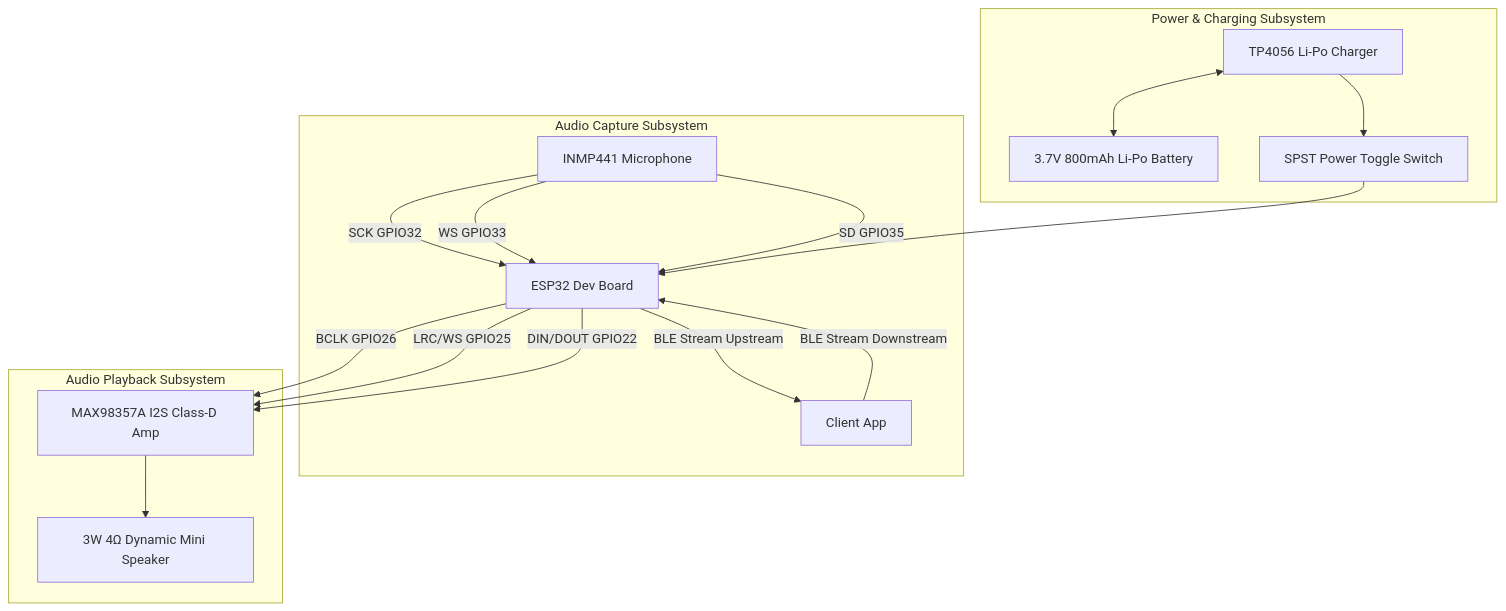
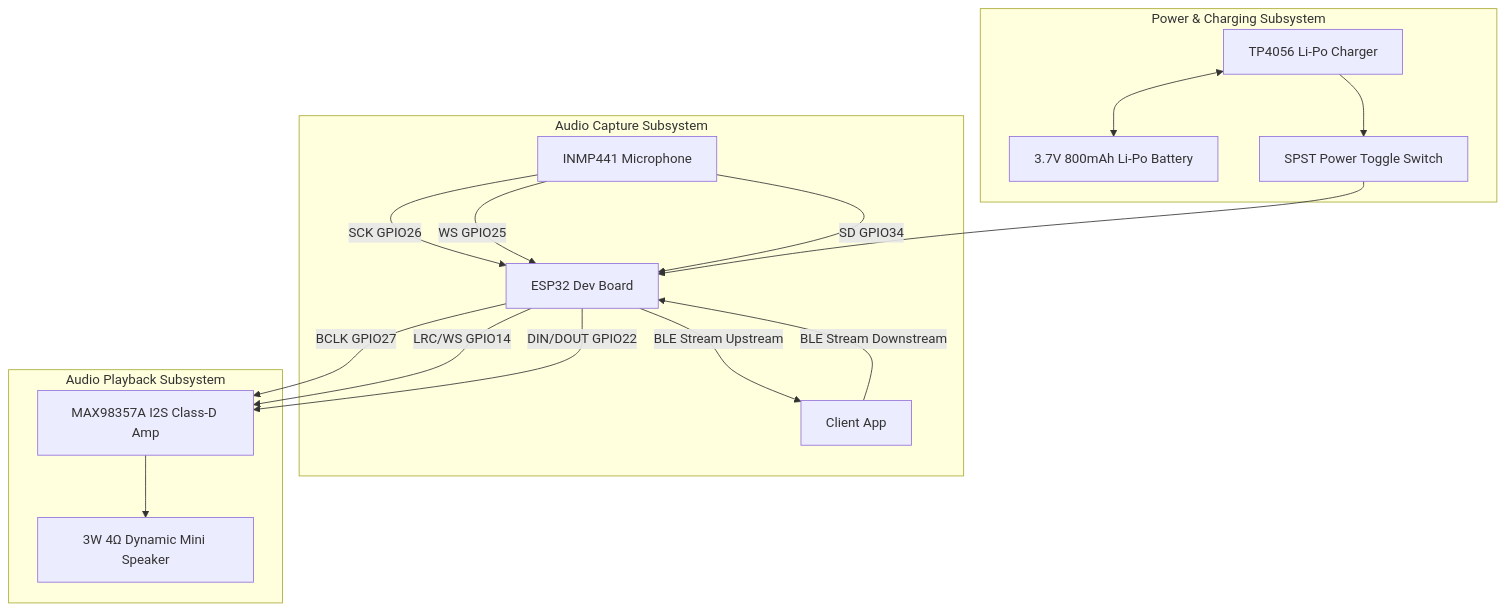
One commit to srividya1004/voiceback changed the first of 2 diagrams in PROJECT_CONTEXT.md. Above: the diagram before and after it, drawn with Mermaid. The commit also changed other lines of this file and 51 other files, not shown here.

````diff
--- a/PROJECT_CONTEXT.md
+++ b/PROJECT_CONTEXT.md
@@ -27,23 +27,23 @@
 ```mermaid
 graph TD
     subgraph Audio Capture Subsystem
-        MIC[INMP441 Microphone] -- SCK GPIO32 --> ESP32[ESP32 Dev Board]
-        MIC -- WS GPIO33 --> ESP32
-        MIC -- SD GPIO35 --> ESP32
+        MIC[INMP441 Microphone] -- SCK GPIO26 --> ESP32[ESP32 Dev Board]
+        MIC -- WS GPIO25 --> ESP32
+        MIC -- SD GPIO34 --> ESP32
         ESP32 -- BLE Stream Upstream --> PWA[Client App]
     end
 
     subgraph Audio Playback Subsystem
         PWA -- BLE Stream Downstream --> ESP32
-        ESP32 -- BCLK GPIO26 --> AMP[MAX98357A I2S Class-D Amp]
-        ESP32 -- LRC/WS GPIO25 --> AMP
+        ESP32 -- BCLK GPIO27 --> AMP[MAX98357A I2S Class-D Amp]
+        ESP32 -- LRC/WS GPIO14 --> AMP
         ESP32 -- DIN/DOUT GPIO22 --> AMP
         AMP --> SPK[3W 4Ω Dynamic Mini Speaker]
     end
 
     subgraph Power & Charging Subsystem
         CHG[TP4056 Li-Po Charger] <--> BAT[3.7V 800mAh Li-Po Battery]
         CHG --> SW[SPST Power Toggle Switch]
         SW --> ESP32
     end
 ```
````
